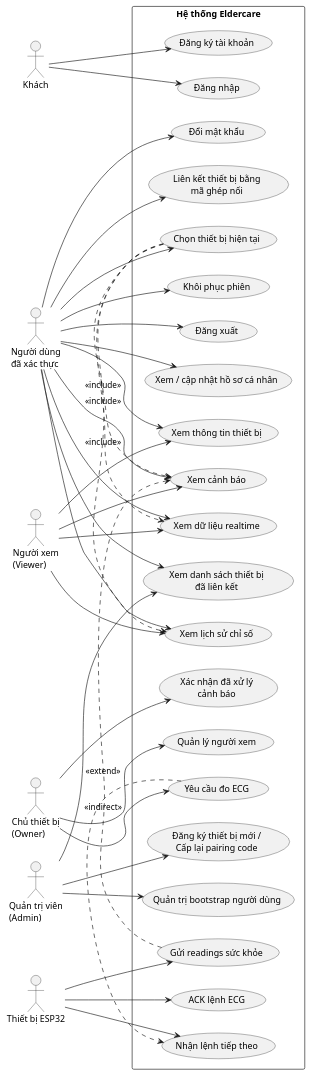
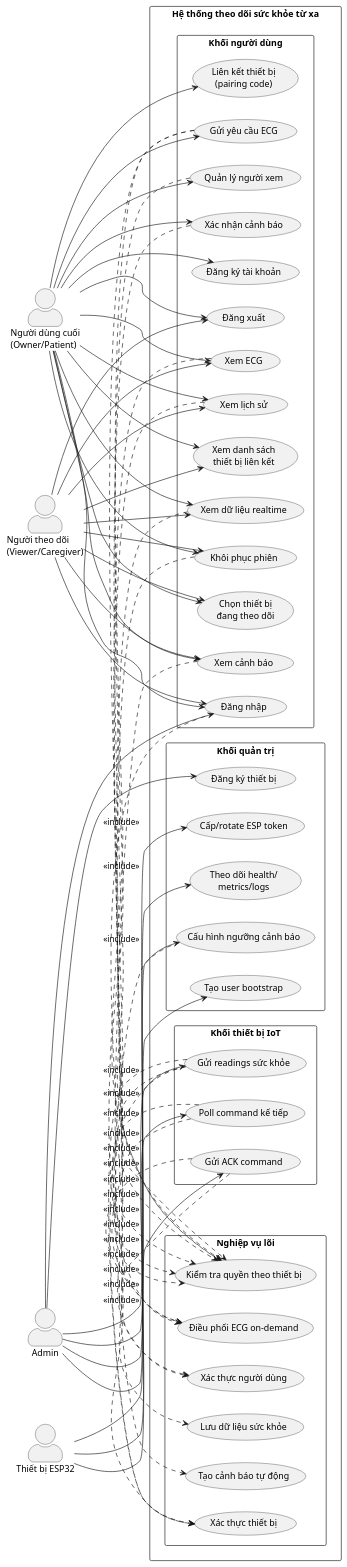
Before and after one commit to THANHTAI2004/223209_DANGTHANHTAI: the first of 6 diagrams in README.md, drawn with PlantUML. The commit also changed other lines of this file, not shown here.

````diff
--- a/README.md
+++ b/README.md
@@ -51,80 +11,113 @@
 ```plantuml
 @startuml
 left to right direction
+skinparam shadowing false
 skinparam packageStyle rectangle
+skinparam actorStyle awesome
 
-actor "Khách" as Guest
-actor "Người dùng\nđã xác thực" as User
-actor "Chủ thiết bị\n(Owner)" as Owner
-actor "Người xem\n(Viewer)" as Viewer
-actor "Quản trị viên\n(Admin)" as Admin
+actor "Người dùng cuối\n(Owner/Patient)" as EndUser
+actor "Người theo dõi\n(Viewer/Caregiver)" as Viewer
+actor "Admin" as Admin
 actor "Thiết bị ESP32" as ESP
 
-rectangle "Hệ thống Eldercare" {
-  usecase "Đăng ký tài khoản" as UC_Register
-  usecase "Đăng nhập" as UC_Login
-  usecase "Khôi phục phiên" as UC_Restore
-  usecase "Đăng xuất" as UC_Logout
-  usecase "Xem / cập nhật hồ sơ cá nhân" as UC_Profile
-  usecase "Đổi mật khẩu" as UC_ChangePassword
+rectangle "Hệ thống theo dõi sức khỏe từ xa" {
 
-  usecase "Xem danh sách thiết bị\nđã liên kết" as UC_ListDevices
-  usecase "Chọn thiết bị hiện tại" as UC_SelectDevice
-  usecase "Liên kết thiết bị bằng\nmã ghép nối" as UC_ClaimDevice
+  package "Khối người dùng" {
+    usecase "Đăng ký tài khoản" as UC_Register
+    usecase "Đăng nhập" as UC_Login
+    usecase "Khôi phục phiên" as UC_Restore
+    usecase "Đăng xuất" as UC_Logout
+    usecase "Xem danh sách\nthiết bị liên kết" as UC_MyDevices
+    usecase "Liên kết thiết bị\n(pairing code)" as UC_Claim
+    usecase "Chọn thiết bị\nđang theo dõi" as UC_SelectDevice
+    usecase "Xem dữ liệu realtime" as UC_Latest
+    usecase "Xem lịch sử" as UC_History
+    usecase "Xem ECG" as UC_ECG
+    usecase "Xem cảnh báo" as UC_Alerts
+    usecase "Gửi yêu cầu ECG" as UC_RequestECG
+    usecase "Quản lý người xem" as UC_Viewers
+    usecase "Xác nhận cảnh báo" as UC_AckAlert
+  }
 
-  usecase "Xem dữ liệu realtime" as UC_Realtime
-  usecase "Xem lịch sử chỉ số" as UC_History
-  usecase "Xem cảnh báo" as UC_Alerts
-  usecase "Xác nhận đã xử lý\ncảnh báo" as UC_AckAlert
+  package "Khối quản trị" {
+    usecase "Tạo user bootstrap" as UC_CreateUser
+    usecase "Đăng ký thiết bị" as UC_RegisterDevice
+    usecase "Cấp/rotate ESP token" as UC_RotateToken
+    usecase "Cấu hình ngưỡng cảnh báo" as UC_Thresholds
+    usecase "Theo dõi health/\nmetrics/logs" as UC_Operations
+  }
 
-  usecase "Quản lý người xem" as UC_ManageViewers
-  usecase "Yêu cầu đo ECG" as UC_RequestECG
-  usecase "Xem thông tin thiết bị" as UC_DeviceInfo
+  package "Khối thiết bị IoT" {
+    usecase "Gửi readings sức khỏe" as UC_SendReadings
+    usecase "Poll command kế tiếp" as UC_PollCommand
+    usecase "Gửi ACK command" as UC_AckCommand
+  }
 
-  usecase "Đăng ký thiết bị mới /\nCấp lại pairing code" as UC_RegisterDevice
-  usecase "Quản trị bootstrap người dùng" as UC_BootstrapUser
-
-  usecase "Gửi readings sức khỏe" as UC_SendReadings
-  usecase "Nhận lệnh tiếp theo" as UC_GetNextCommand
-  usecase "ACK lệnh ECG" as UC_AckCommand
+  package "Nghiệp vụ lõi" {
+    usecase "Xác thực người dùng" as UC_UserAuth
+    usecase "Xác thực thiết bị" as UC_DeviceAuth
+    usecase "Kiểm tra quyền theo thiết bị" as UC_Access
+    usecase "Lưu dữ liệu sức khỏe" as UC_Store
+    usecase "Tạo cảnh báo tự động" as UC_AutoAlert
+    usecase "Điều phối ECG on-demand" as UC_OrchECG
+  }
 }
 
-Guest --> UC_Register
-Guest --> UC_Login
+EndUser --> UC_Register
+EndUser --> UC_Login
+EndUser --> UC_Restore
+EndUser --> UC_Logout
+EndUser --> UC_MyDevices
+EndUser --> UC_Claim
+EndUser --> UC_SelectDevice
+EndUser --> UC_Latest
+EndUser --> UC_History
+EndUser --> UC_ECG
+EndUser --> UC_Alerts
+EndUser --> UC_RequestECG
+EndUser --> UC_Viewers
+EndUser --> UC_AckAlert
 
-User --> UC_Restore
-User --> UC_Logout
-User --> UC_Profile
-User --> UC_ChangePassword
-User --> UC_ListDevices
-User --> UC_SelectDevice
-User --> UC_ClaimDevice
-User --> UC_Realtime
-User --> UC_History
-User --> UC_Alerts
-User --> UC_DeviceInfo
+Viewer --> UC_Login
+Viewer --> UC_Restore
+Viewer --> UC_Logout
+Viewer --> UC_MyDevices
+Viewer --> UC_SelectDevice
+Viewer --> UC_Latest
+Viewer --> UC_History
+Viewer --> UC_ECG
+Viewer --> UC_Alerts
 
-Owner --> UC_AckAlert
-Owner --> UC_ManageViewers
-Owner --> UC_RequestECG
-
-Viewer --> UC_Realtime
-Viewer --> UC_History
-Viewer --> UC_Alerts
-Viewer --> UC_DeviceInfo
-
+Admin --> UC_Login
+Admin --> UC_CreateUser
 Admin --> UC_RegisterDevice
-Admin --> UC_BootstrapUser
-Admin --> UC_ListDevices
+Admin --> UC_RotateToken
+Admin --> UC_Thresholds
+Admin --> UC_Operations
 
 ESP --> UC_SendReadings
-ESP --> UC_GetNextCommand
+ESP --> UC_PollCommand
 ESP --> UC_AckCommand
 
-UC_SelectDevice .> UC_Realtime : <<include>>
-UC_SelectDevice .> UC_History : <<include>>
-UC_SelectDevice .> UC_Alerts : <<include>>
-UC_RequestECG .> UC_GetNextCommand : <<indirect>>
-UC_SendReadings .> UC_Alerts : <<extend>>
+UC_Login .> UC_UserAuth : <<include>>
+UC_Restore .> UC_UserAuth : <<include>>
+UC_Latest .> UC_Access : <<include>>
+UC_History .> UC_Access : <<include>>
+UC_ECG .> UC_Access : <<include>>
+UC_Alerts .> UC_Access : <<include>>
+UC_RequestECG .> UC_Access : <<include>>
+UC_Viewers .> UC_Access : <<include>>
+UC_AckAlert .> UC_Access : <<include>>
+UC_Thresholds .> UC_Access : <<include>>
+
+UC_SendReadings .> UC_DeviceAuth : <<include>>
+UC_SendReadings .> UC_Store : <<include>>
+UC_SendReadings .> UC_AutoAlert : <<include>>
+UC_PollCommand .> UC_DeviceAuth : <<include>>
+UC_PollCommand .> UC_OrchECG : <<include>>
+UC_AckCommand .> UC_DeviceAuth : <<include>>
+UC_AckCommand .> UC_OrchECG : <<include>>
+UC_RequestECG .> UC_OrchECG : <<include>>
+
 @enduml
 ```
````
